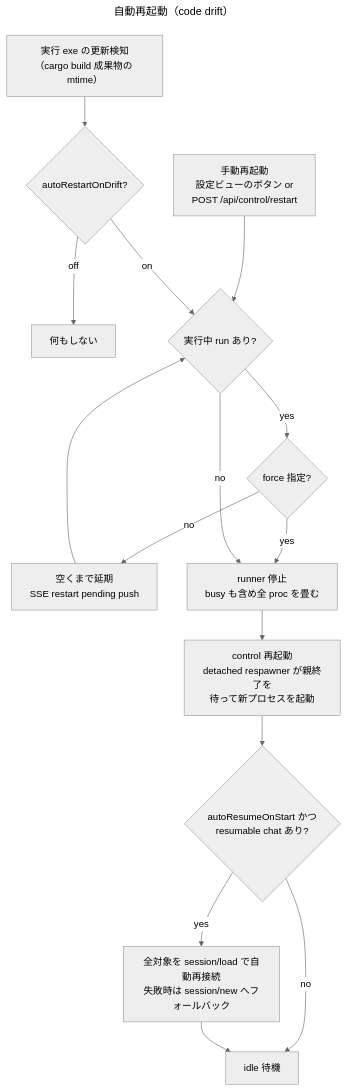
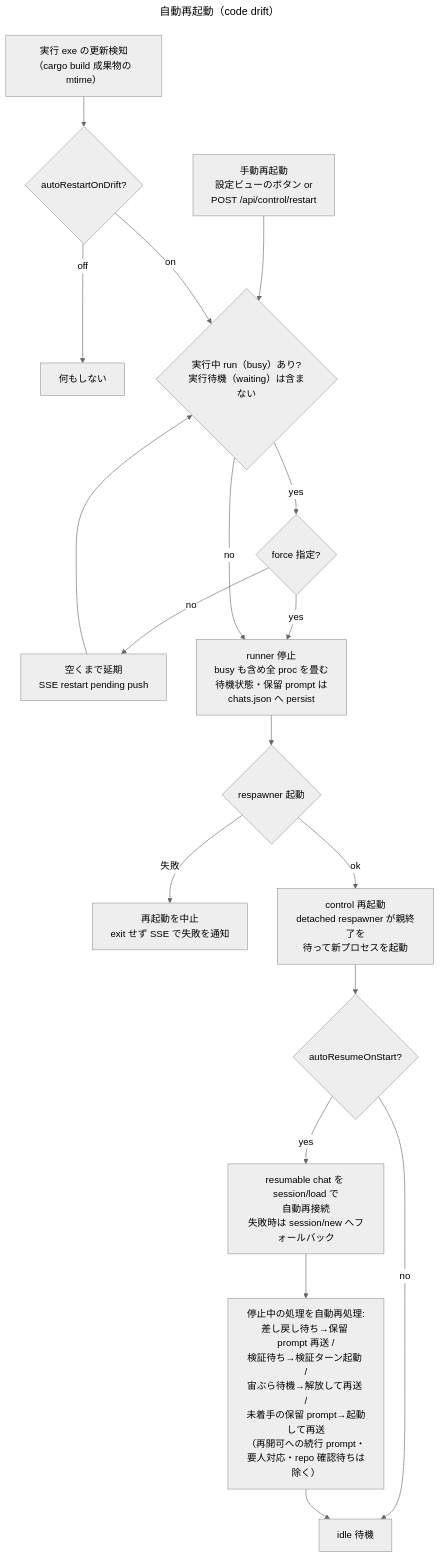
One commit to yamamoto-ryuzo/kasugai_agent changed the diagram in diagrams/restart-flow.mmd. Above: the diagram before and after it, drawn with Mermaid (neutral theme). The commit also changed 64 other files, not shown here.

```diff
--- a/diagrams/restart-flow.mmd
+++ b/diagrams/restart-flow.mmd
@@ -1,18 +1,21 @@
 ---
 title: 自動再起動（code drift）
 ---
 flowchart TD
     WATCH[実行 exe の更新検知<br/>（cargo build 成果物の mtime）] --> EN{autoRestartOnDrift?}
     EN -->|off| END[何もしない]
     MAN[手動再起動<br/>設定ビューのボタン or<br/>POST /api/control/restart] --> BUSY
-    EN -->|on| BUSY{実行中 run あり?}
+    EN -->|on| BUSY{実行中 run（busy）あり?<br/>実行待機（waiting）は含まない}
     BUSY -->|yes| FORCE{force 指定?}
     FORCE -->|no| DEFER[空くまで延期<br/>SSE restart pending push]
-    FORCE -->|yes| STOP[runner 停止<br/>busy も含め全 proc を畳む]
+    FORCE -->|yes| STOP[runner 停止<br/>busy も含め全 proc を畳む<br/>待機状態・保留 prompt は<br/>chats.json へ persist]
     BUSY -->|no| STOP
     DEFER --> BUSY
-    STOP --> START[control 再起動<br/>detached respawner が親終了を<br/>待って新プロセスを起動]
-    START --> RSM{autoResumeOnStart かつ<br/>resumable chat あり?}
-    RSM -->|yes| LOAD[全対象を session/load で自動再接続<br/>失敗時は session/new へフォールバック]
+    STOP --> RSP{respawner 起動}
+    RSP -->|失敗| ABORT[再起動を中止<br/>exit せず SSE で失敗を通知]
+    RSP -->|ok| START[control 再起動<br/>detached respawner が親終了を<br/>待って新プロセスを起動]
+    START --> RSM{autoResumeOnStart?}
+    RSM -->|yes| LOAD[resumable chat を session/load で<br/>自動再接続<br/>失敗時は session/new へフォールバック]
+    LOAD --> RPROC[停止中の処理を自動再処理:<br/>差し戻し待ち→保留 prompt 再送 /<br/>検証待ち→検証ターン起動 /<br/>宙ぶら待機→解放して再送 /<br/>未着手の保留 prompt→起動して再送<br/>（再開可への続行 prompt・<br/>要人対応・repo 確認待ちは除く）]
     RSM -->|no| READY[idle 待機]
-    LOAD --> READY
+    RPROC --> READY
```
